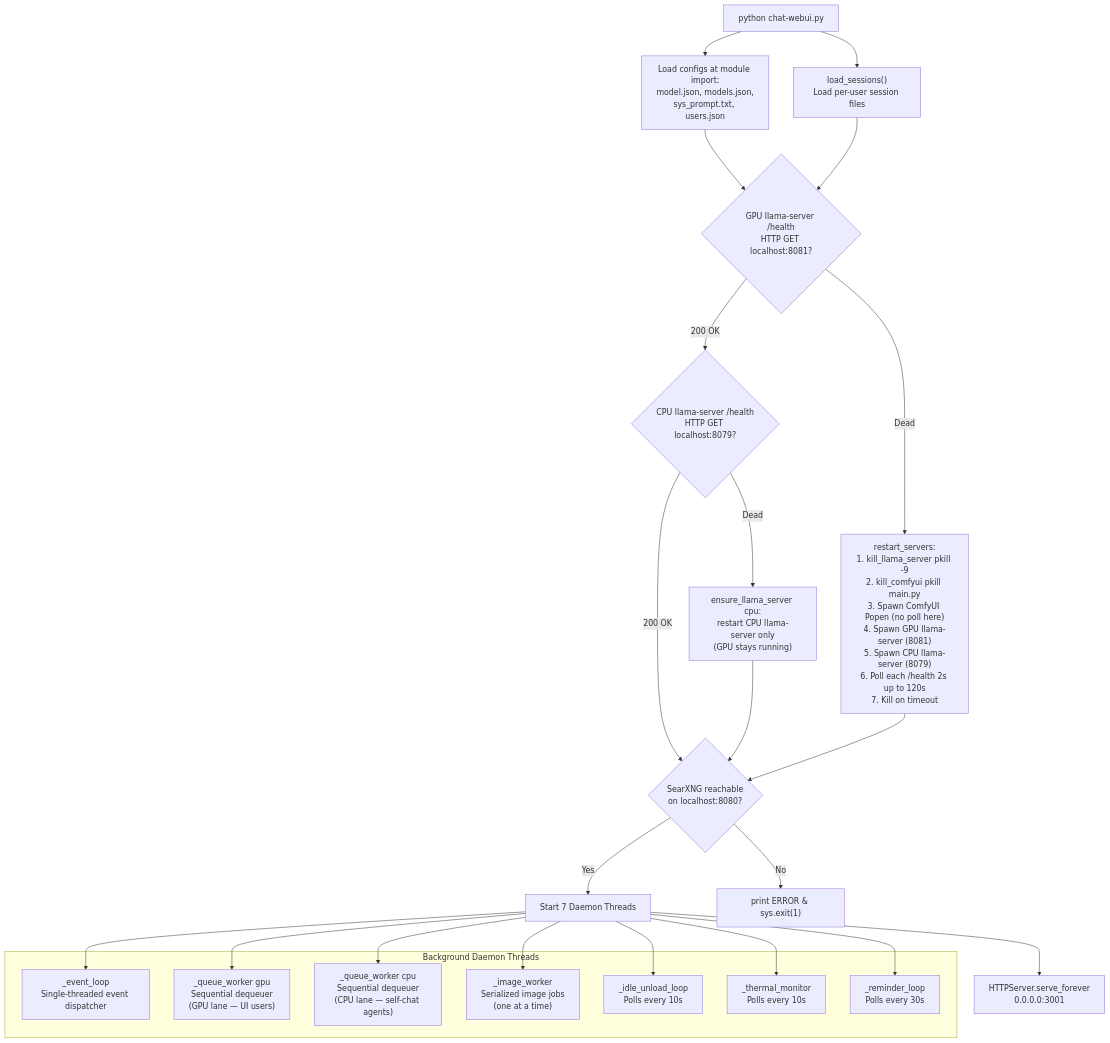
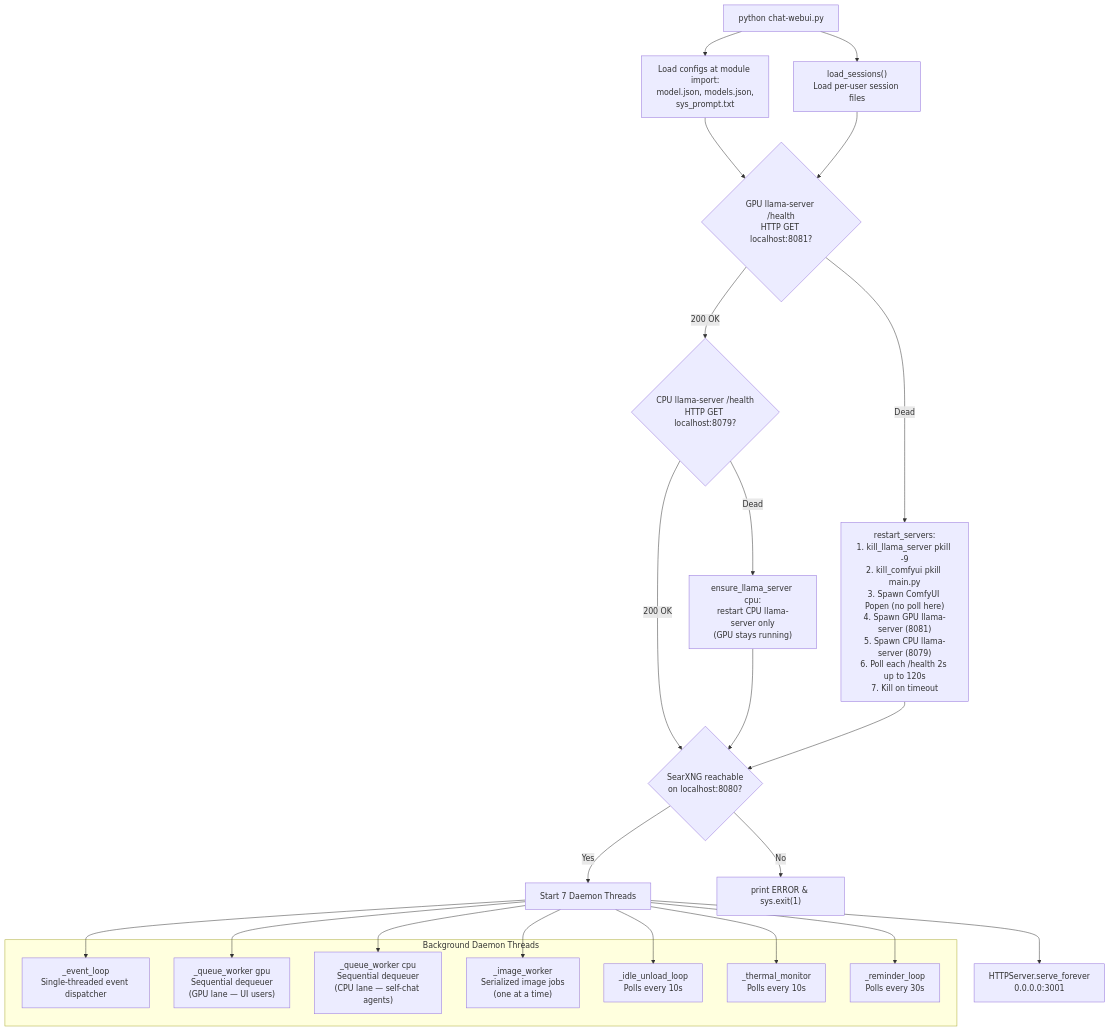
Before and after one commit to Palash90/local-ai: the fourth of 12 diagrams in README.md, drawn with Mermaid. The commit also changed other lines of this file and 12 other files, not shown here.

````diff
--- a/README.md
+++ b/README.md
@@ -271,26 +316,26 @@
 ```mermaid
 graph TD
-    A["python chat-webui.py"] --> A1["Load configs at module import:\nmodel.json, models.json,\nsys_prompt.txt, users.json"]
+    A["python chat-webui.py"] --> A1["Load configs at module import:\nmodel.json, models.json,\nsys_prompt.txt"]
     A --> B["load_sessions()\nLoad per-user session files"]
     A1 & B --> C{"GPU llama-server /health\nHTTP GET localhost:8081?"}
     C -- "200 OK" --> C2{"CPU llama-server /health\nHTTP GET localhost:8079?"}
     C -- "Dead" --> Restart["restart_servers:\n1. kill_llama_server pkill -9\n2. kill_comfyui pkill main.py\n3. Spawn ComfyUI Popen (no poll here)\n4. Spawn GPU llama-server (8081)\n5. Spawn CPU llama-server (8079)\n6. Poll each /health 2s up to 120s\n7. Kill on timeout"]
     C2 -- "Dead" --> EnsureCPU["ensure_llama_server cpu:\nrestart CPU llama-server only\n(GPU stays running)"]
     C2 -- "200 OK" --> D{"SearXNG reachable\non localhost:8080?"}
     EnsureCPU --> D
     D -- "Yes" --> E["Start 7 Daemon Threads"]
     D -- "No" --> Exit["print ERROR & sys.exit(1)"]
     Restart --> D
 
     subgraph Daemons ["Background Daemon Threads"]
         E1["_event_loop\nSingle-threaded event dispatcher"]
         E2["_queue_worker gpu\nSequential dequeuer\n(GPU lane — UI users)"]
         E3["_queue_worker cpu\nSequential dequeuer\n(CPU lane — self-chat agents)"]
         E4["_image_worker\nSerialized image jobs\n(one at a time)"]
         E5["_idle_unload_loop\nPolls every 10s"]
         E6["_thermal_monitor\nPolls every 10s"]
         E7["_reminder_loop\nPolls every 30s"]
     end
     E --> E1 & E2 & E3 & E4 & E5 & E6 & E7
     E --> F["HTTPServer.serve_forever\n0.0.0.0:3001"]
 ```
````
